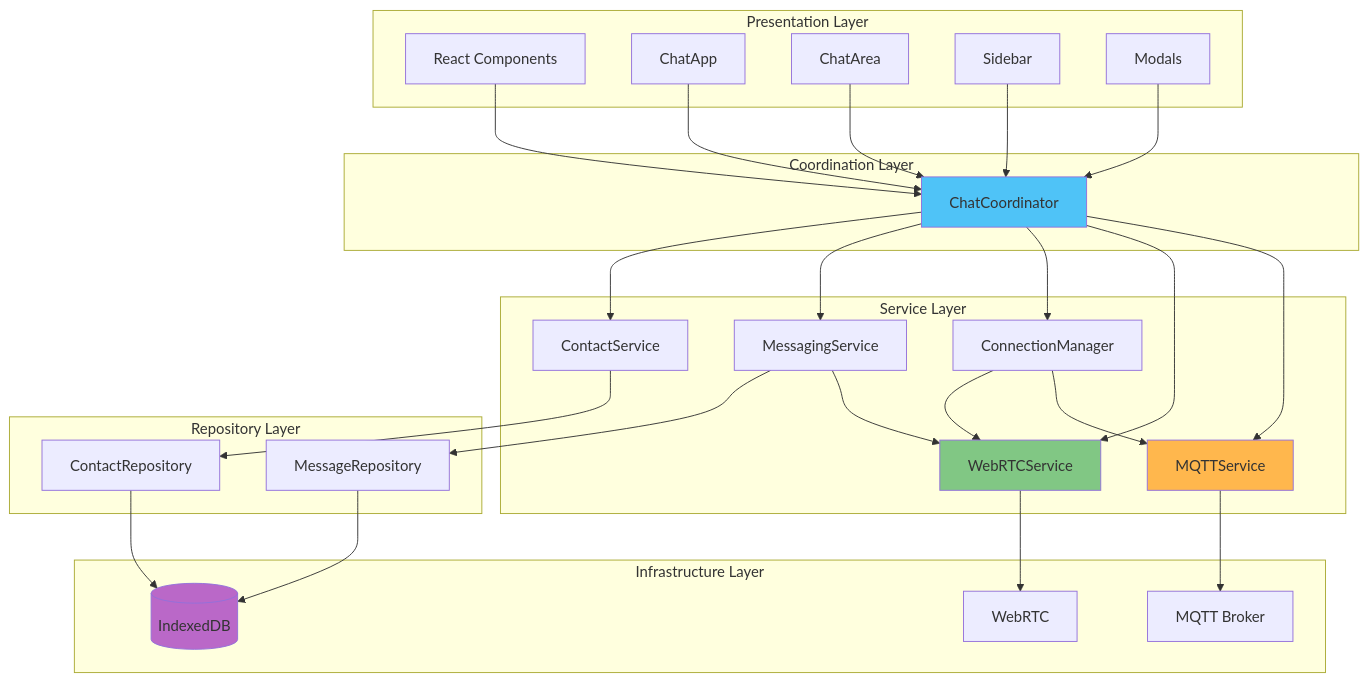
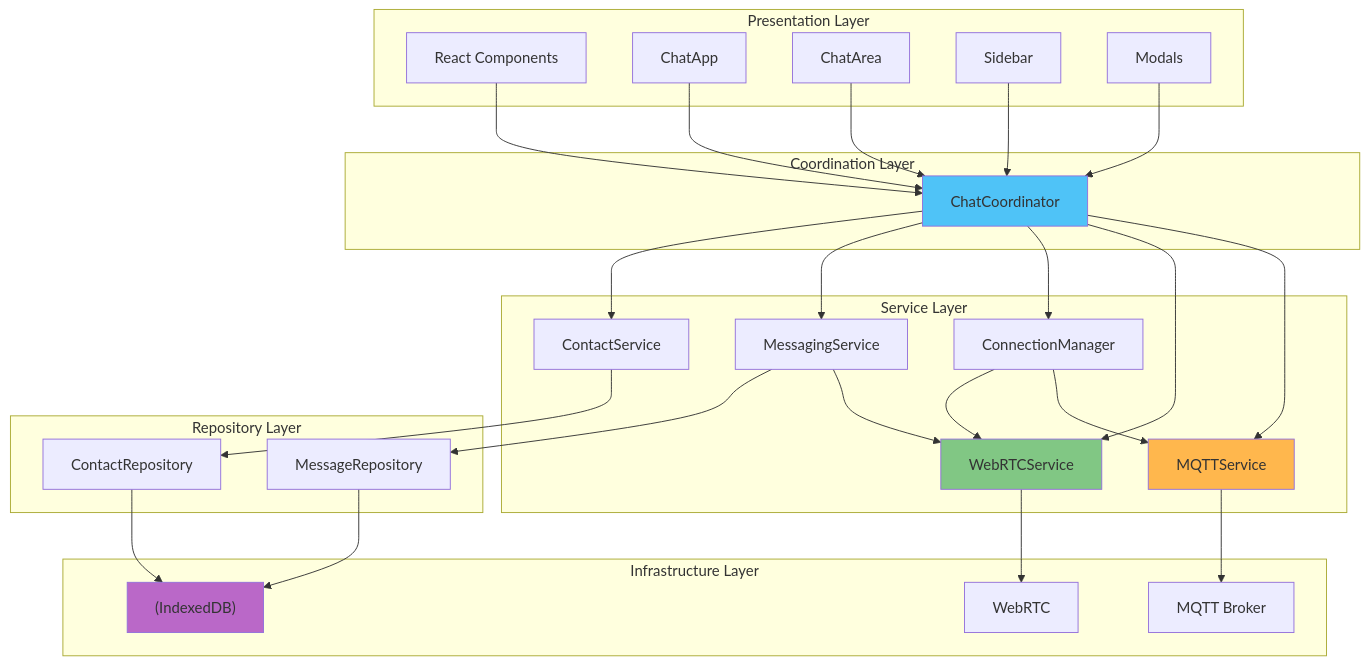
One commit to amr-kasem/distributed-systems-react-chat-peer changed the first of 14 diagrams in docs/component-architecture.md. Above: the diagram before and after it, drawn with Mermaid. The commit also changed other lines of this file and 7 other files, not shown here.

Commit message:
solved issues with diagrams

````diff
--- a/docs/component-architecture.md
+++ b/docs/component-architecture.md
@@ -5,61 +5,61 @@
 ```mermaid
 graph TB
     subgraph "Presentation Layer"
-        UI[React Components]
+        UI["React Components"]
         ChatApp[ChatApp]
         ChatArea[ChatArea]
         Sidebar[Sidebar]
         Modals[Modals]
     end
     
     subgraph "Coordination Layer"
         Coordinator[ChatCoordinator]
     end
     
     subgraph "Service Layer"
         MQTTSvc[MQTTService]
         WebRTCSvc[WebRTCService]
         ConnMgr[ConnectionManager]
         MsgSvc[MessagingService]
         ContactSvc[ContactService]
     end
     
     subgraph "Repository Layer"
         MsgRepo[MessageRepository]
         ContactRepo[ContactRepository]
     end
     
     subgraph "Infrastructure Layer"
-        IndexedDB[(IndexedDB)]
-        MQTT[MQTT Broker]
+        IndexedDB["(IndexedDB)"]
+        MQTT["MQTT Broker"]
         WebRTC[WebRTC]
     end
     
     UI --> Coordinator
     ChatApp --> Coordinator
     ChatArea --> Coordinator
     Sidebar --> Coordinator
     Modals --> Coordinator
     
     Coordinator --> MQTTSvc
     Coordinator --> WebRTCSvc
     Coordinator --> ConnMgr
     Coordinator --> MsgSvc
     Coordinator --> ContactSvc
     
     ConnMgr --> MQTTSvc
     ConnMgr --> WebRTCSvc
     MsgSvc --> WebRTCSvc
     MsgSvc --> MsgRepo
     ContactSvc --> ContactRepo
     
     MsgRepo --> IndexedDB
     ContactRepo --> IndexedDB
     MQTTSvc --> MQTT
     WebRTCSvc --> WebRTC
     
     style Coordinator fill:#4fc3f7
     style MQTTSvc fill:#ffb74d
     style WebRTCSvc fill:#81c784
     style IndexedDB fill:#ba68c8
 ```
````
